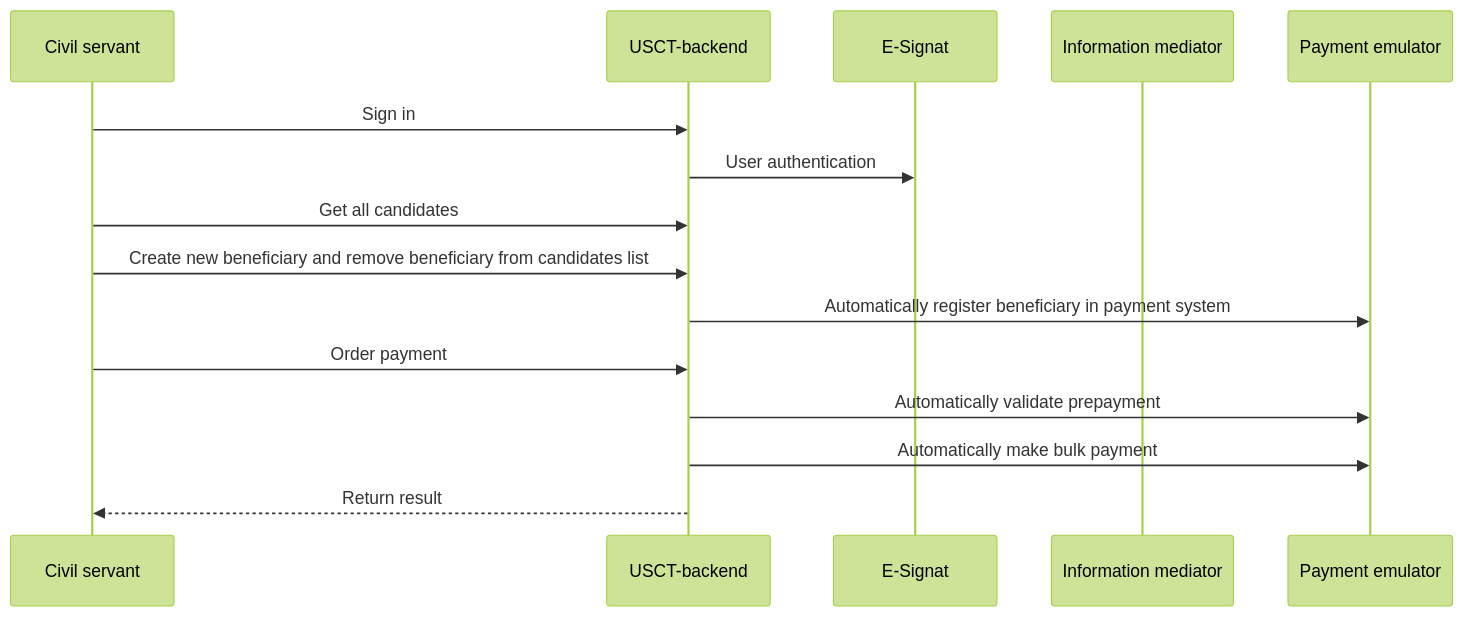
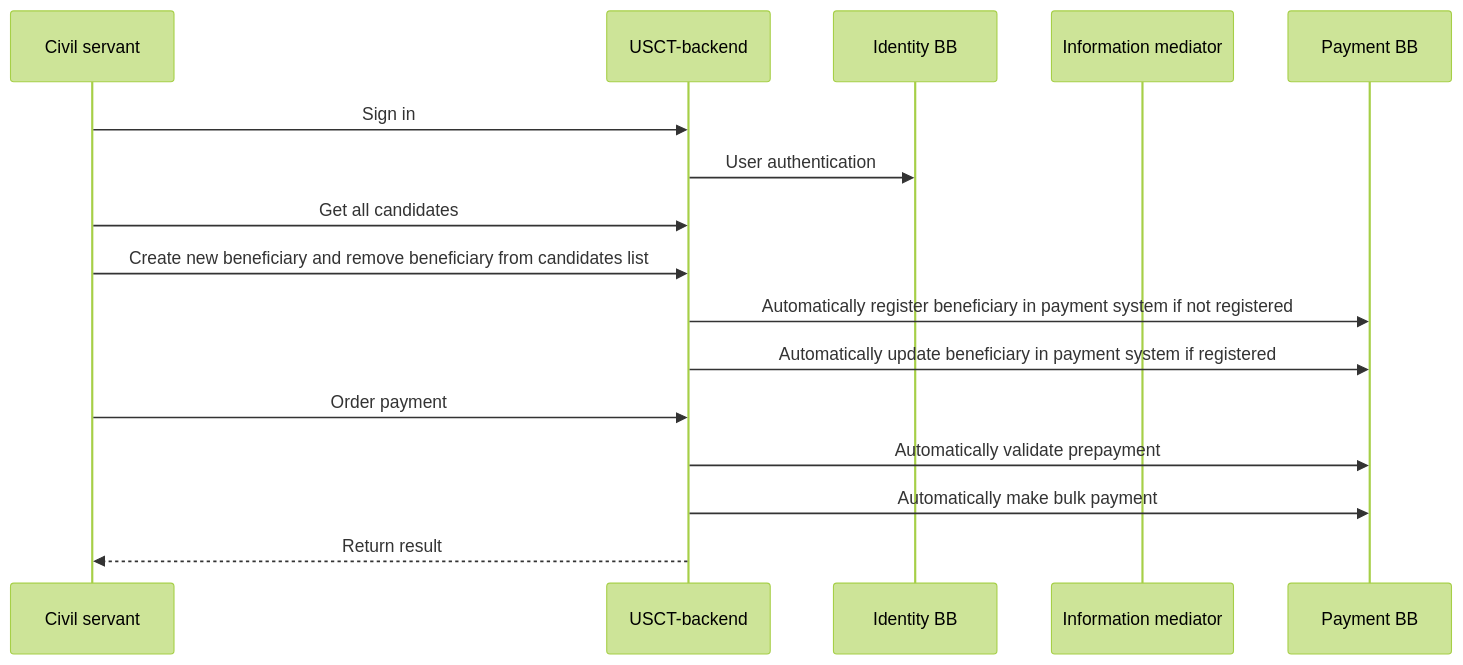
The diagram in docs/main.md (GovStackWorkingGroup/sandbox-usecase-usct-backend), drawn with Mermaid (forest theme) before and after one commit. The commit also changed other lines of this file and 36 other files, not shown here.

First line of the commit message:
SND-542: Integration USCT backend with PaymentHub 1.3 API installed i… (#32)

````diff
--- a/docs/main.md
+++ b/docs/main.md
@@ -17,15 +17,16 @@
 ```mermaid
 sequenceDiagram
     Civil servant ->> USCT-backend: Sign in
-    USCT-backend ->> E-Signat: User authentication
+    USCT-backend ->> Identity BB: User authentication
     participant im as Information mediator
 
 %%  Civil servant ->> eSignet: /v1/esignet/authorization/userinfo //GET no need for sign in step 
     Civil servant ->> USCT-backend: Get all candidates
     Civil servant ->> USCT-backend: Create new beneficiary and remove beneficiary from candidates list
-    USCT-backend ->> Payment emulator: Automatically register beneficiary in payment system
+    USCT-backend ->> Payment BB: Automatically register beneficiary in payment system if not registered
+    USCT-backend ->> Payment BB: Automatically update beneficiary in payment system if registered
     Civil servant ->> USCT-backend: Order payment
-    USCT-backend ->> Payment emulator: Automatically validate prepayment
-    USCT-backend ->> Payment emulator: Automatically make bulk payment
+    USCT-backend ->> Payment BB: Automatically validate prepayment
+    USCT-backend ->> Payment BB: Automatically make bulk payment
     USCT-backend -->> Civil servant: Return result
 ```
````
